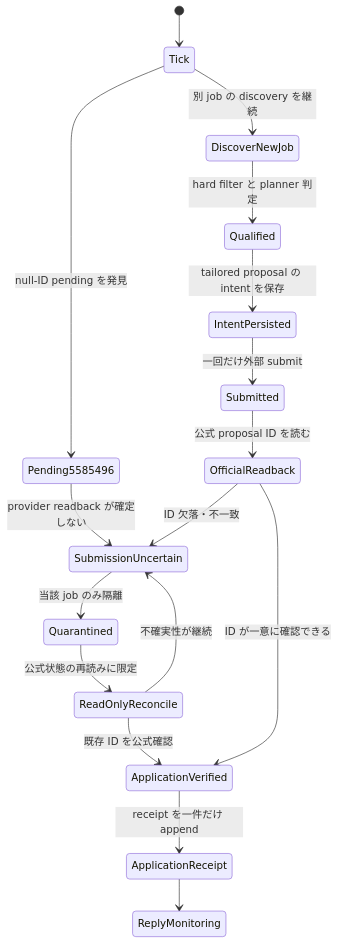
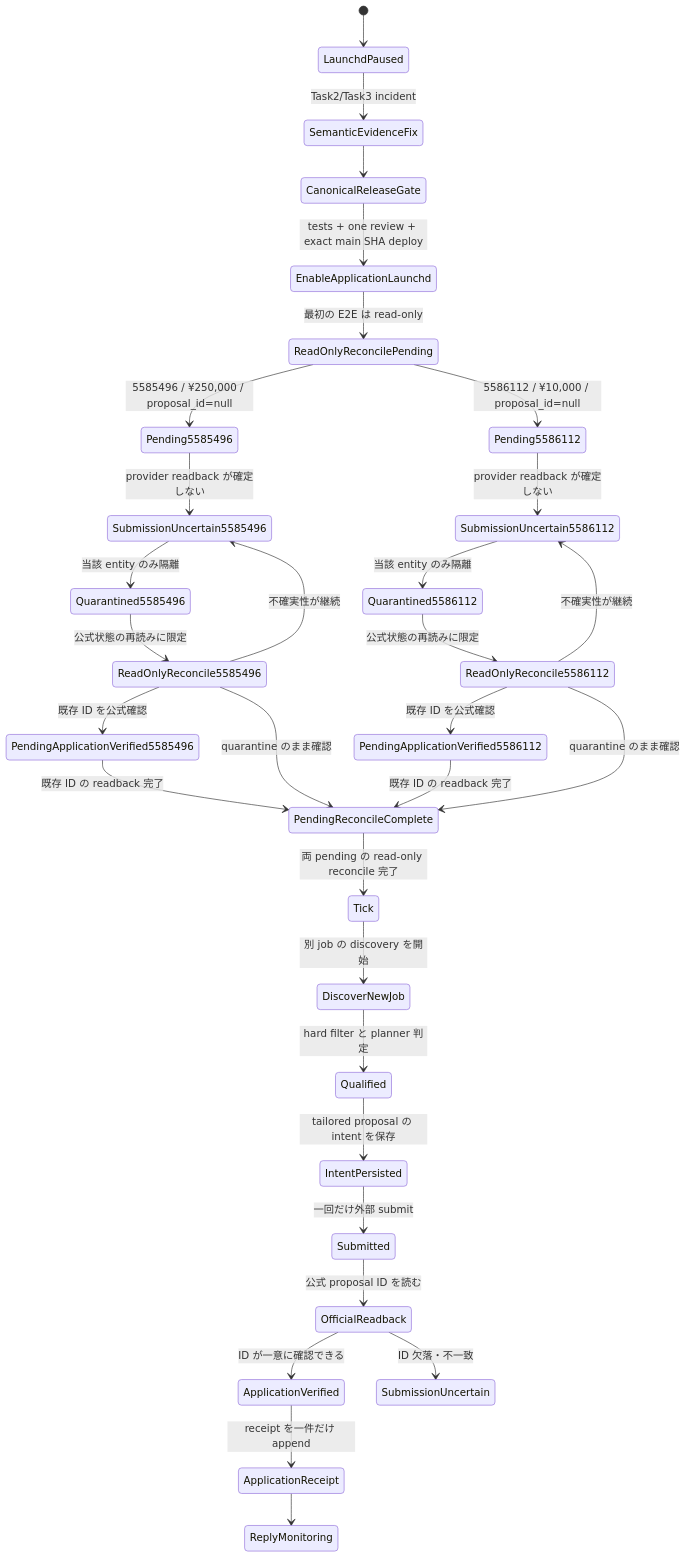
Before and after one commit to Daisuke134/anicca: the third of 3 diagrams in docs/superpowers/specs/2026-08-13-lancers-20k-net-mrr-design.md, drawn with Mermaid. The commit also changed other lines of this file, not shown here.

Commit message:
docs(lancers): define lane-parallel canonical runtime

````diff
--- a/docs/superpowers/specs/2026-08-13-lancers-20k-net-mrr-design.md
+++ b/docs/superpowers/specs/2026-08-13-lancers-20k-net-mrr-design.md
@@ -325,20 +423,35 @@
 ```mermaid
 stateDiagram-v2
-  [*] --> Tick
-  Tick --> Pending5585496: null-ID pending を発見
-  Pending5585496 --> SubmissionUncertain: provider readback が確定しない
-  SubmissionUncertain --> Quarantined: 当該 job のみ隔離
-  Quarantined --> ReadOnlyReconcile: 公式状態の再読みに限定
-  ReadOnlyReconcile --> SubmissionUncertain: 不確実性が継続
-  ReadOnlyReconcile --> ApplicationVerified: 既存 ID を公式確認
+  [*] --> LaunchdPaused
+  LaunchdPaused --> SemanticEvidenceFix: Task2/Task3 incident
+  SemanticEvidenceFix --> CanonicalReleaseGate
+  CanonicalReleaseGate --> EnableApplicationLaunchd: tests + one review + exact main SHA deploy
+  EnableApplicationLaunchd --> ReadOnlyReconcilePending: 最初の E2E は read-only
+  ReadOnlyReconcilePending --> Pending5585496: 5585496 / ¥250,000 / proposal_id=null
+  ReadOnlyReconcilePending --> Pending5586112: 5586112 / ¥10,000 / proposal_id=null
+  Pending5585496 --> SubmissionUncertain5585496: provider readback が確定しない
+  Pending5586112 --> SubmissionUncertain5586112: provider readback が確定しない
+  SubmissionUncertain5585496 --> Quarantined5585496: 当該 entity のみ隔離
+  SubmissionUncertain5586112 --> Quarantined5586112: 当該 entity のみ隔離
+  Quarantined5585496 --> ReadOnlyReconcile5585496: 公式状態の再読みに限定
+  Quarantined5586112 --> ReadOnlyReconcile5586112: 公式状態の再読みに限定
+  ReadOnlyReconcile5585496 --> SubmissionUncertain5585496: 不確実性が継続
+  ReadOnlyReconcile5586112 --> SubmissionUncertain5586112: 不確実性が継続
+  ReadOnlyReconcile5585496 --> PendingApplicationVerified5585496: 既存 ID を公式確認
+  ReadOnlyReconcile5586112 --> PendingApplicationVerified5586112: 既存 ID を公式確認
+  ReadOnlyReconcile5585496 --> PendingReconcileComplete: quarantine のまま確認
+  ReadOnlyReconcile5586112 --> PendingReconcileComplete: quarantine のまま確認
+  PendingApplicationVerified5585496 --> PendingReconcileComplete: 既存 ID の readback 完了
+  PendingApplicationVerified5586112 --> PendingReconcileComplete: 既存 ID の readback 完了
+  PendingReconcileComplete --> Tick: 両 pending の read-only reconcile 完了
 
-  Tick --> DiscoverNewJob: 別 job の discovery を継続
+  Tick --> DiscoverNewJob: 別 job の discovery を開始
   DiscoverNewJob --> Qualified: hard filter と planner 判定
   Qualified --> IntentPersisted: tailored proposal の intent を保存
   IntentPersisted --> Submitted: 一回だけ外部 submit
   Submitted --> OfficialReadback: 公式 proposal ID を読む
   OfficialReadback --> ApplicationVerified: ID が一意に確認できる
   OfficialReadback --> SubmissionUncertain: ID 欠落・不一致
   ApplicationVerified --> ApplicationReceipt: receipt を一件だけ append
   ApplicationReceipt --> ReplyMonitoring
 ```
````
